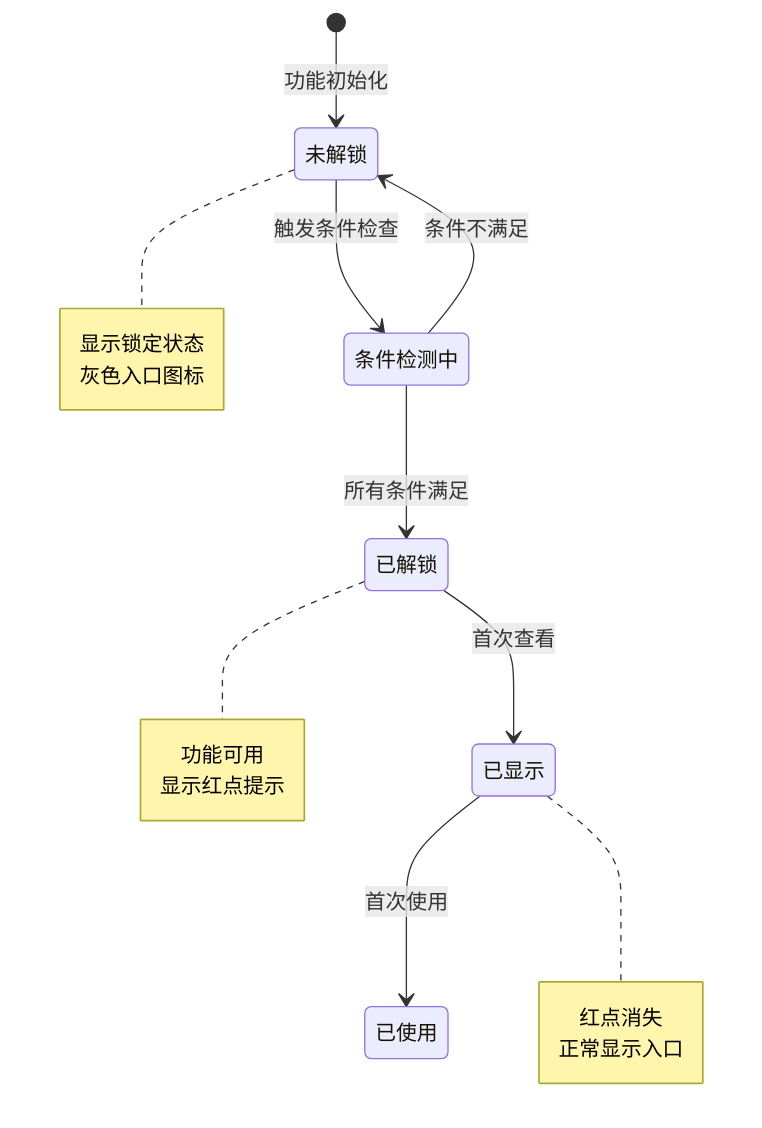
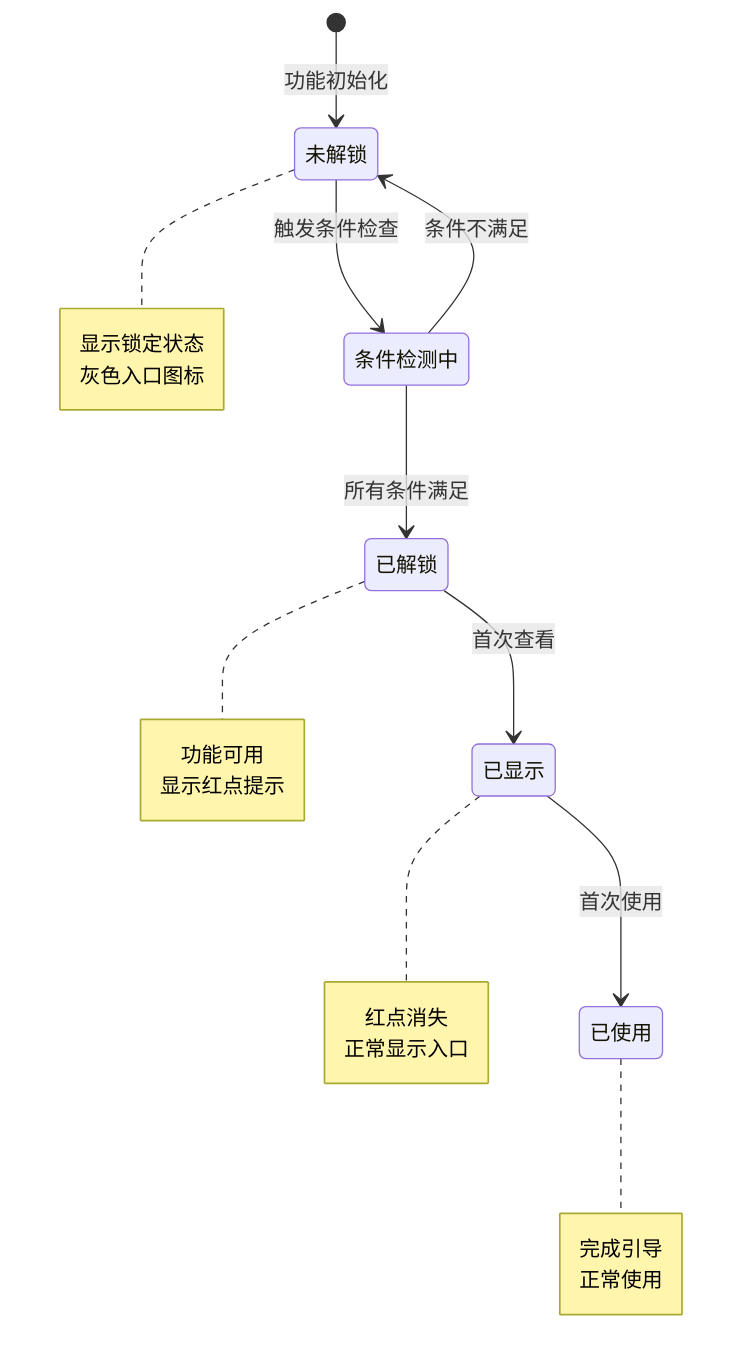
One commit to Alan-Ben/k2c_game_framework changed the first of 5 diagrams in docs/Module_FuncUnlock/06_实现细节.md. Above: the diagram before and after it, drawn with Mermaid. The commit also changed other lines of this file and 10 other files, not shown here.

````diff
--- a/docs/Module_FuncUnlock/06_实现细节.md
+++ b/docs/Module_FuncUnlock/06_实现细节.md
@@ -57,24 +67,29 @@
 ```mermaid
 stateDiagram-v2
     [*] --> 未解锁: 功能初始化
     未解锁 --> 条件检测中: 触发条件检查
     条件检测中 --> 未解锁: 条件不满足
     条件检测中 --> 已解锁: 所有条件满足
     已解锁 --> 已显示: 首次查看
     已显示 --> 已使用: 首次使用
 
     note right of 未解锁
         显示锁定状态
         灰色入口图标
     end note
 
     note right of 已解锁
         功能可用
         显示红点提示
     end note
 
     note right of 已显示
         红点消失
         正常显示入口
     end note
+
+    note right of 已使用
+        完成引导
+        正常使用
+    end note
 ```
````
